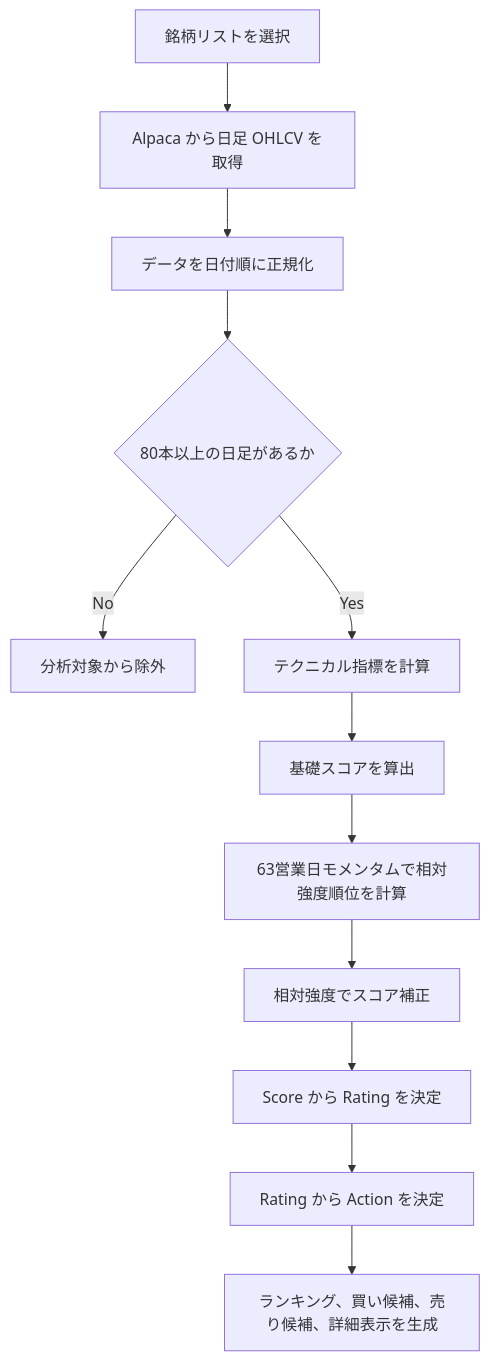
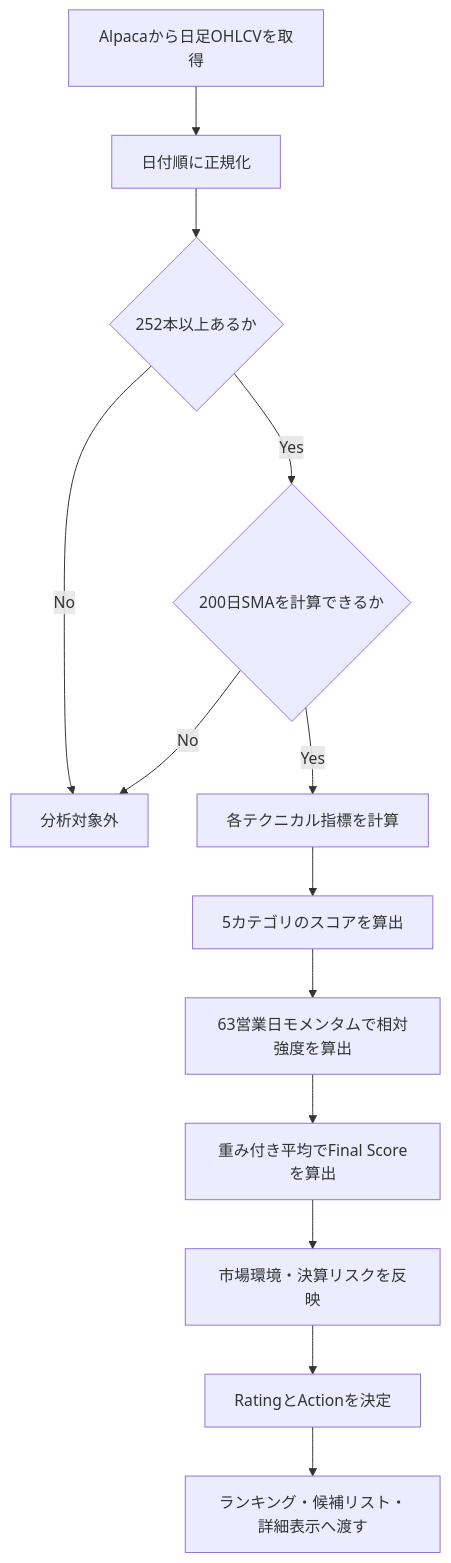
The first of 2 diagrams in docs/technical-logic.md (GtSt-jill/investment-app), drawn with Mermaid before and after one commit. The commit also changed other lines of this file and 11 other files, not shown here.

````diff
--- a/docs/technical-logic.md
+++ b/docs/technical-logic.md
@@ -42,14 +13,15 @@
 ```mermaid
 flowchart TD
-  A[銘柄リストを選択] --> B[Alpaca から日足 OHLCV を取得]
-  B --> C[データを日付順に正規化]
-  C --> D{80本以上の日足があるか}
-  D -- No --> E[分析対象から除外]
-  D -- Yes --> F[テクニカル指標を計算]
-  F --> G[基礎スコアを算出]
-  G --> H[63営業日モメンタムで相対強度順位を計算]
-  H --> I[相対強度でスコア補正]
-  I --> J[Score から Rating を決定]
-  J --> K[Rating から Action を決定]
-  K --> L[ランキング、買い候補、売り候補、詳細表示を生成]
+  A[Alpacaから日足OHLCVを取得] --> B[日付順に正規化]
+  B --> C{252本以上あるか}
+  C -- No --> X[分析対象外]
+  C -- Yes --> D{200日SMAを計算できるか}
+  D -- No --> X
+  D -- Yes --> E[各テクニカル指標を計算]
+  E --> F[5カテゴリのスコアを算出]
+  F --> G[63営業日モメンタムで相対強度を算出]
+  G --> H[重み付き平均でFinal Scoreを算出]
+  H --> I[市場環境・決算リスクを反映]
+  I --> J[RatingとActionを決定]
+  J --> K[ランキング・候補リスト・詳細表示へ渡す]
 ```
````
